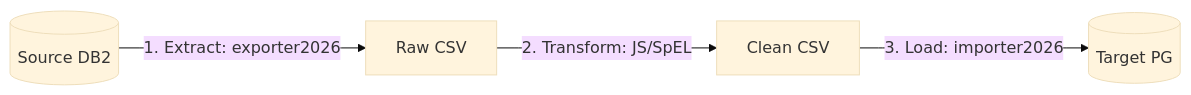
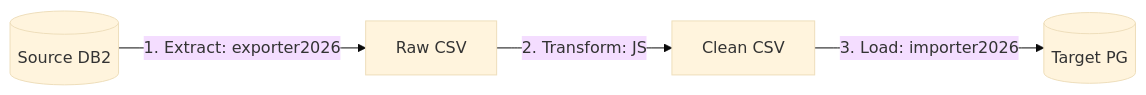
The diagram in LLM_MIGRATION_RUNBOOK.md (jmuilu/sample-service-migration), drawn with Mermaid (base theme) before and after one commit. The commit also changed other lines of this file and 2 other files, not shown here.

````diff
--- a/LLM_MIGRATION_RUNBOOK.md
+++ b/LLM_MIGRATION_RUNBOOK.md
@@ -11,6 +11,6 @@
 ```mermaid
 graph LR
     DB2[(Source DB2)] -->|1. Extract: exporter2026| RawCSV[Raw CSV]
-    RawCSV -->|2. Transform: JS/SpEL| CleanCSV[Clean CSV]
+    RawCSV -->|2. Transform: JS| CleanCSV[Clean CSV]
     CleanCSV -->|3. Load: importer2026| Postgres[(Target PG)]
 ```
````
